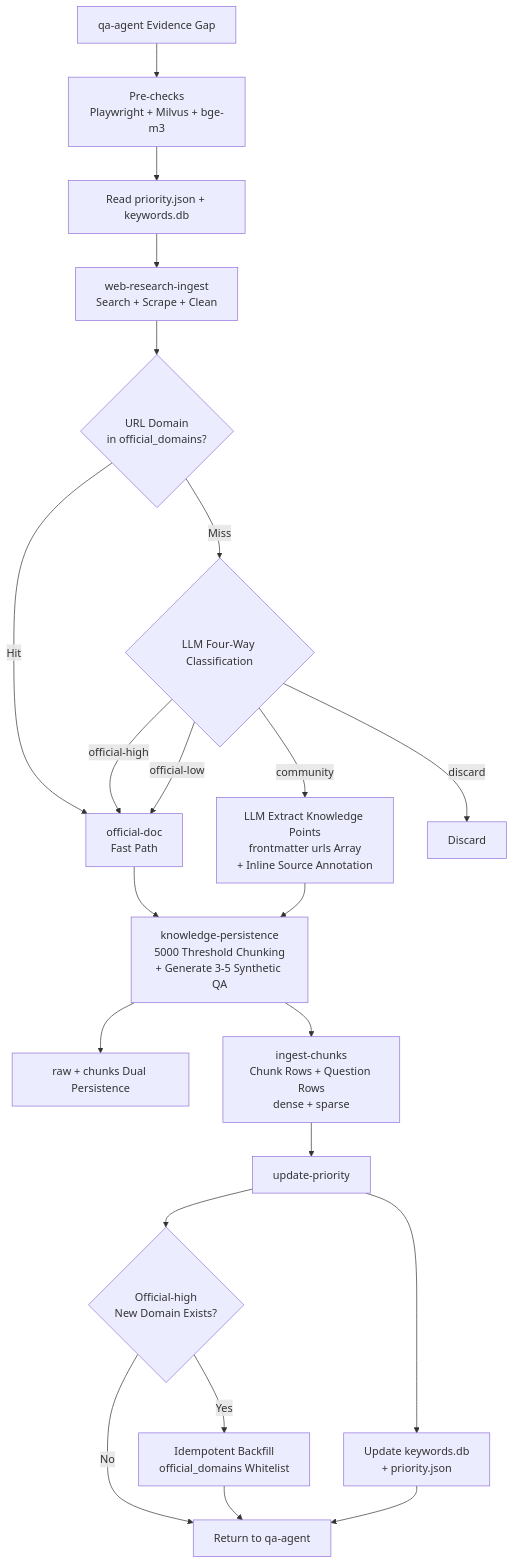
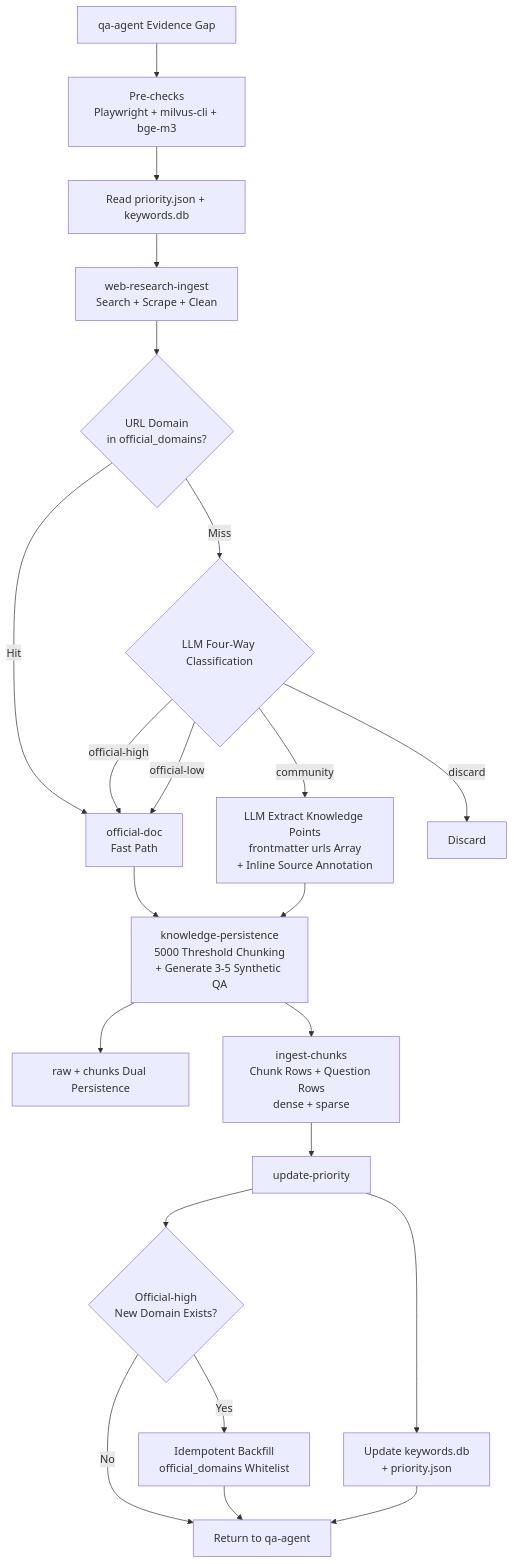
The third of 3 diagrams in README_en.md (mengsi16/brain-base), drawn with Mermaid before and after one commit. The commit also changed other lines of this file and 10 other files, not shown here.

````diff
--- a/README_en.md
+++ b/README_en.md
@@ -167,24 +167,24 @@
 ```mermaid
 flowchart TD
-    GAP[qa-agent Evidence Gap] --> PRE[Pre-checks<br/>Playwright + Milvus + bge-m3]
+    GAP[qa-agent Evidence Gap] --> PRE[Pre-checks<br/>Playwright + milvus-cli + bge-m3]
     PRE --> READ[Read priority.json + keywords.db]
     READ --> WRI[web-research-ingest<br/>Search + Scrape + Clean]
     WRI --> WL{URL Domain<br/>in official_domains?}
     WL -->|Hit| OD[official-doc<br/>Fast Path]
     WL -->|Miss| LLM{LLM Four-Way Classification}
     LLM -->|official-high| OD
     LLM -->|official-low| OD
     LLM -->|community| EX[LLM Extract Knowledge Points<br/>frontmatter urls Array<br/>+ Inline Source Annotation]
     LLM -->|discard| X[Discard]
     OD --> KP[knowledge-persistence<br/>5000 Threshold Chunking<br/>+ Generate 3-5 Synthetic QA]
     EX --> KP
     KP --> DUAL[raw + chunks Dual Persistence]
     KP --> ING[ingest-chunks<br/>Chunk Rows + Question Rows<br/>dense + sparse]
     ING --> UP[update-priority]
     UP --> KDB[Update keywords.db<br/>+ priority.json]
     UP --> DOM{Official-high<br/>New Domain Exists?}
     DOM -->|Yes| WB[Idempotent Backfill<br/>official_domains Whitelist]
     DOM -->|No| DONE[Return to qa-agent]
     WB --> DONE
     KDB --> DONE
 ```
````
